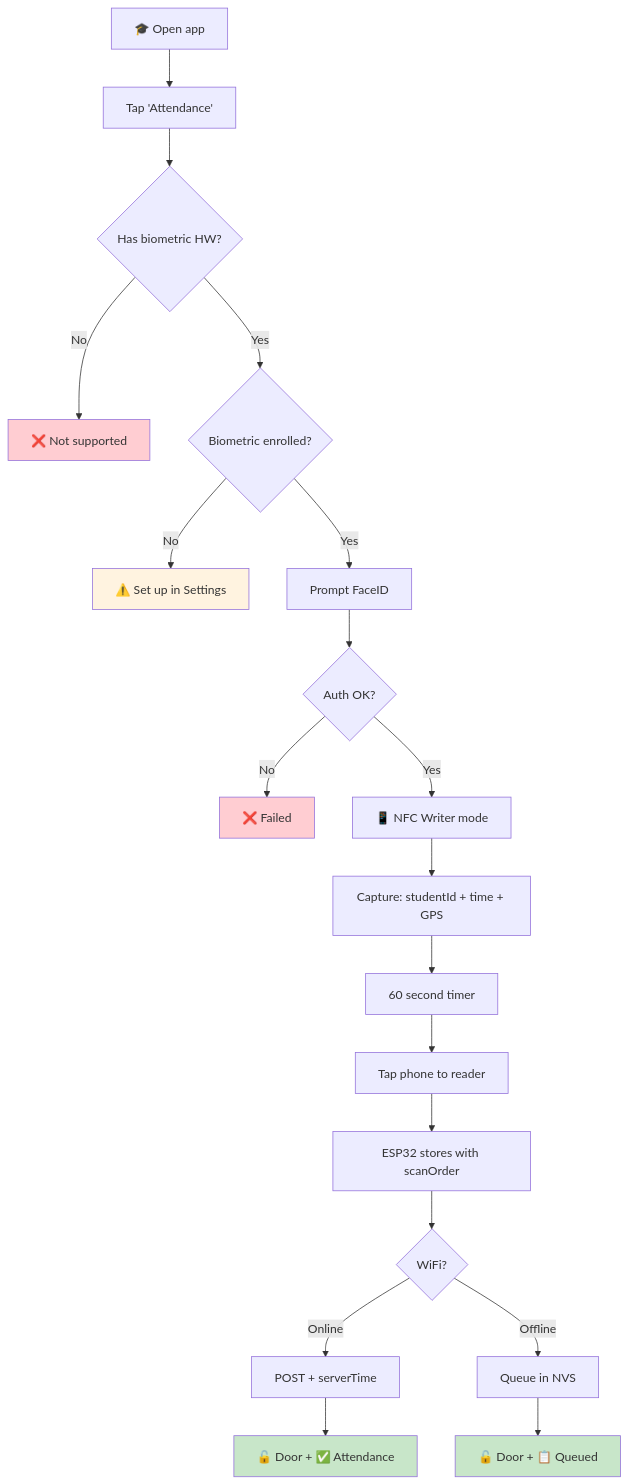
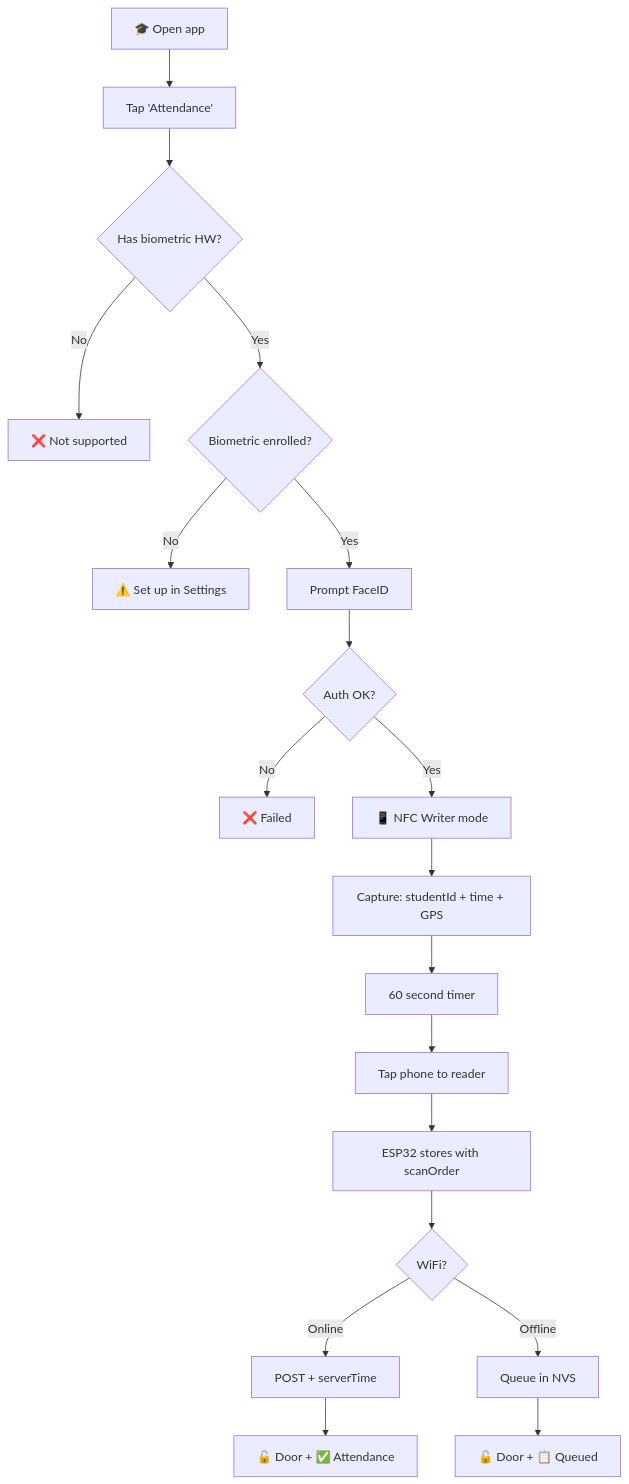
Before and after one commit to South-33/SmartCampus: the fourth of 7 diagrams in README.md, drawn with Mermaid. The commit also changed other lines of this file, not shown here.

Commit message:
docs: local-first architecture + anti-cheat + notifications

````diff
--- a/README.md
+++ b/README.md
@@ -144,33 +123,27 @@
 ```mermaid
 flowchart TD
     A[🎓 Open app] --> B[Tap 'Attendance']
     B --> C{Has biometric HW?}
     
     C -->|No| D[❌ Not supported]
     C -->|Yes| E{Biometric enrolled?}
     
     E -->|No| F[⚠️ Set up in Settings]
     E -->|Yes| G[Prompt FaceID]
     
     G --> H{Auth OK?}
     H -->|No| I[❌ Failed]
     H -->|Yes| J[📱 NFC Writer mode]
     
     J --> K[Capture: studentId + time + GPS]
     K --> L[60 second timer]
     L --> M[Tap phone to reader]
     M --> N[ESP32 stores with scanOrder]
     
     N --> O{WiFi?}
     O -->|Online| P[POST + serverTime]
     O -->|Offline| Q[Queue in NVS]
     
     P --> R[🔓 Door + ✅ Attendance]
     Q --> S[🔓 Door + 📋 Queued]
-    
-    style D fill:#ffcdd2
-    style F fill:#fff3e0
-    style I fill:#ffcdd2
-    style R fill:#c8e6c9
-    style S fill:#c8e6c9
 ```
````
